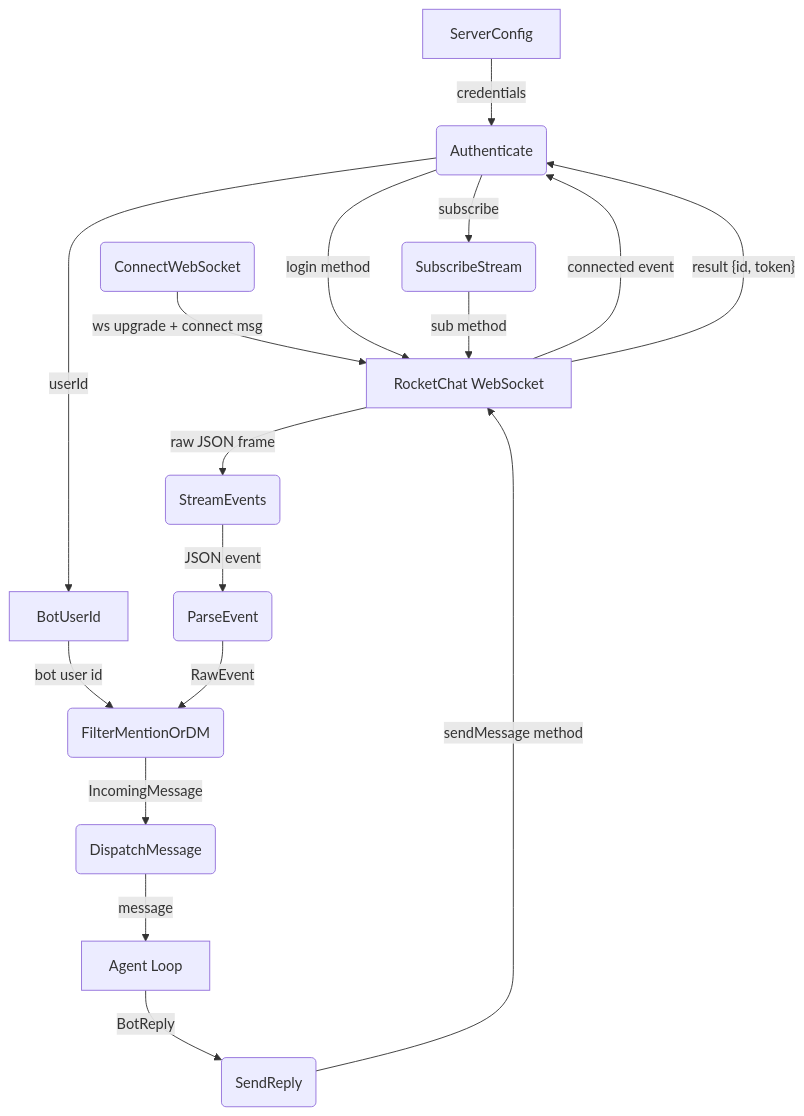
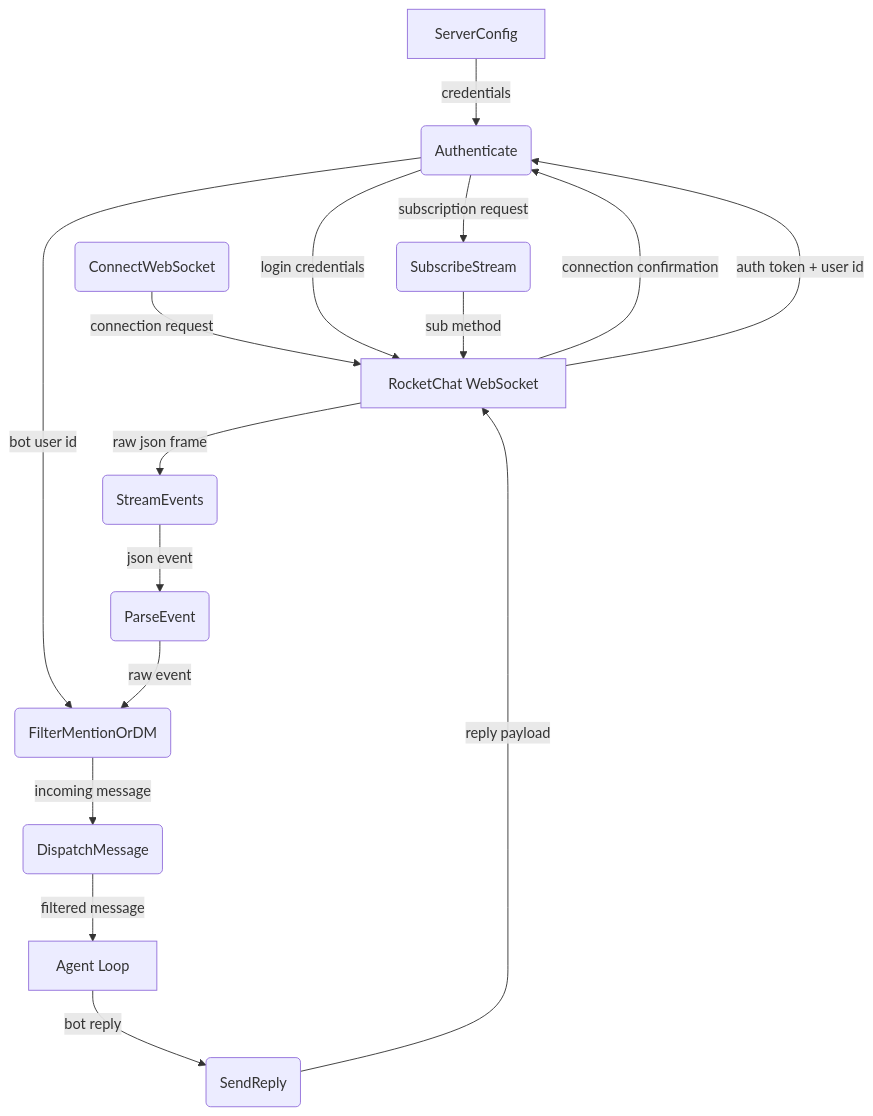
One commit to cosmoswafer/rockbot changed the first of 5 diagrams in _dfds/rocketchat.md. Above: the diagram before and after it, drawn with Mermaid. The commit also changed other lines of this file and 7 other files, not shown here.

````diff
--- a/_dfds/rocketchat.md
+++ b/_dfds/rocketchat.md
@@ -20,32 +21,30 @@
 ```mermaid
 flowchart TD
     CFG[ServerConfig]
     AUTH(Authenticate)
     CONNECT(ConnectWebSocket)
     SUB(SubscribeStream)
     STREAM(StreamEvents)
     PARSE(ParseEvent)
     FILTER(FilterMentionOrDM)
     DISPATCH(DispatchMessage)
     SEND(SendReply)
-    BOT_USER[BotUserId]
     HARNESS[Agent Loop]
     RC_WS[RocketChat WebSocket]
 
     CFG -->|"credentials"| AUTH
-    CONNECT -->|"ws upgrade + connect msg"| RC_WS
-    RC_WS -->|"connected event"| AUTH
-    AUTH -->|"login method"| RC_WS
-    RC_WS -->|"result {id, token}"| AUTH
-    AUTH -->|"userId"| BOT_USER
-    AUTH -->|"subscribe"| SUB
+    CONNECT -->|"connection request"| RC_WS
+    RC_WS -->|"connection confirmation"| AUTH
+    AUTH -->|"login credentials"| RC_WS
+    RC_WS -->|"auth token + user id"| AUTH
+    AUTH -->|"subscription request"| SUB
     SUB -->|"sub method"| RC_WS
-    RC_WS -->|"raw JSON frame"| STREAM
-    STREAM -->|"JSON event"| PARSE
-    BOT_USER -->|"bot user id"| FILTER
-    PARSE -->|"RawEvent"| FILTER
-    FILTER -->|"IncomingMessage"| DISPATCH
-    DISPATCH -->|"message"| HARNESS
-    HARNESS -->|"BotReply"| SEND
-    SEND -->|"sendMessage method"| RC_WS
+    RC_WS -->|"raw json frame"| STREAM
+    STREAM -->|"json event"| PARSE
+    AUTH -->|"bot user id"| FILTER
+    PARSE -->|"raw event"| FILTER
+    FILTER -->|"incoming message"| DISPATCH
+    DISPATCH -->|"filtered message"| HARNESS
+    HARNESS -->|"bot reply"| SEND
+    SEND -->|"reply payload"| RC_WS
 ```
````
